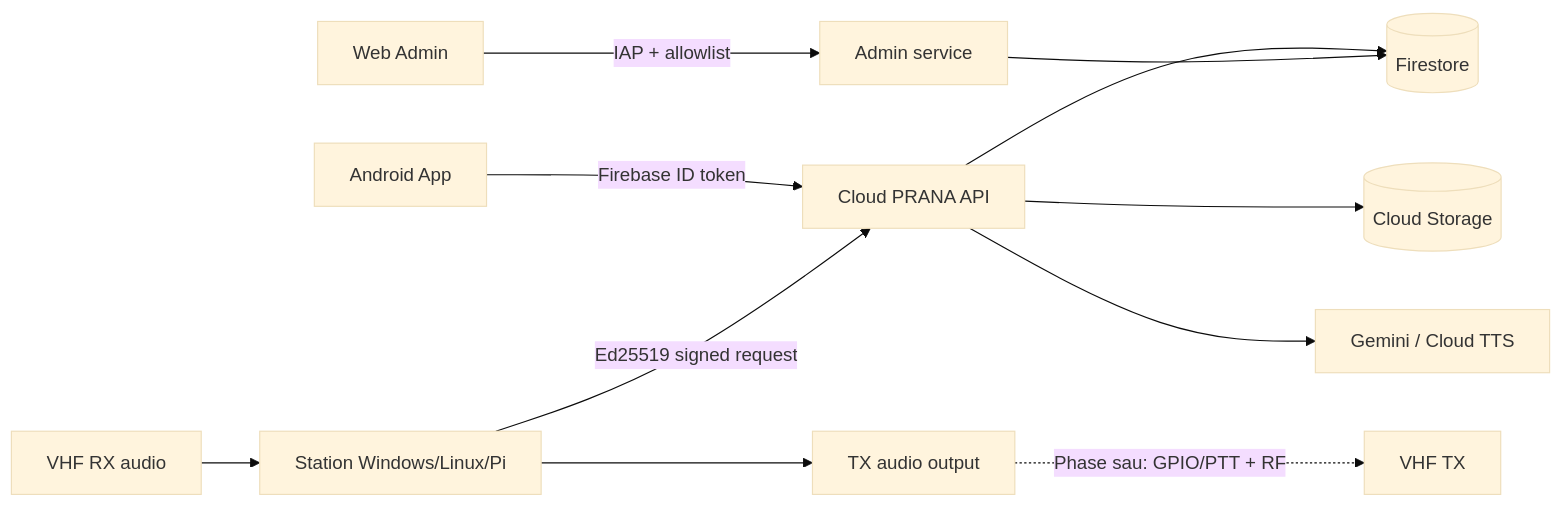
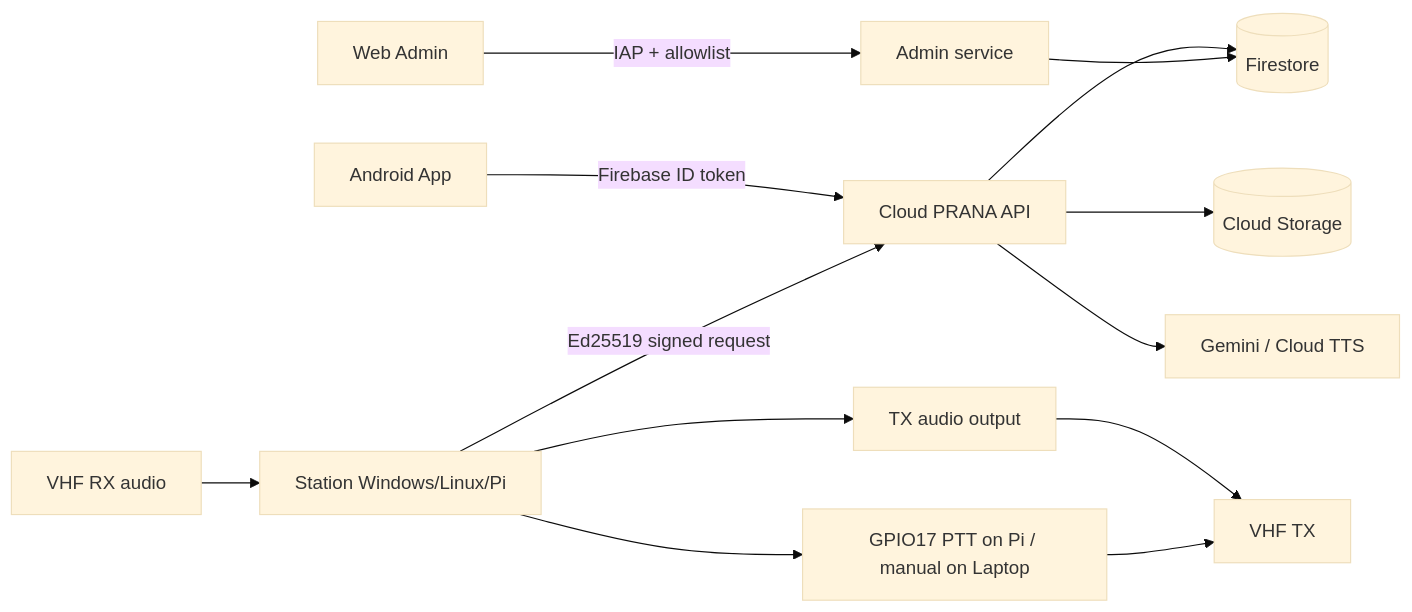
Before and after one commit to VQ-Vinh/VHF: the first of 2 diagrams in docs/android-station-architecture.md, drawn with Mermaid (base theme). The commit also changed other lines of this file and 7 other files, not shown here.

````diff
--- a/docs/android-station-architecture.md
+++ b/docs/android-station-architecture.md
@@ -12,14 +12,16 @@
 ```mermaid
 flowchart LR
     APP[Android App] -->|Firebase ID token| API[Cloud PRANA API]
     ST[Station Windows/Linux/Pi] -->|Ed25519 signed request| API
     API --> DB[(Firestore)]
     API --> STORE[(Cloud Storage)]
     API --> AI[Gemini / Cloud TTS]
     ADMIN[Web Admin] -->|IAP + allowlist| ADMINSVC[Admin service]
     ADMINSVC --> DB
 
     VHF[VHF RX audio] --> ST
     ST --> OUT[TX audio output]
-    OUT -. Phase sau: GPIO/PTT + RF .-> VHFTX[VHF TX]
+    ST --> PTT[GPIO17 PTT on Pi / manual on Laptop]
+    OUT --> VHFTX[VHF TX]
+    PTT --> VHFTX
 ```
````
